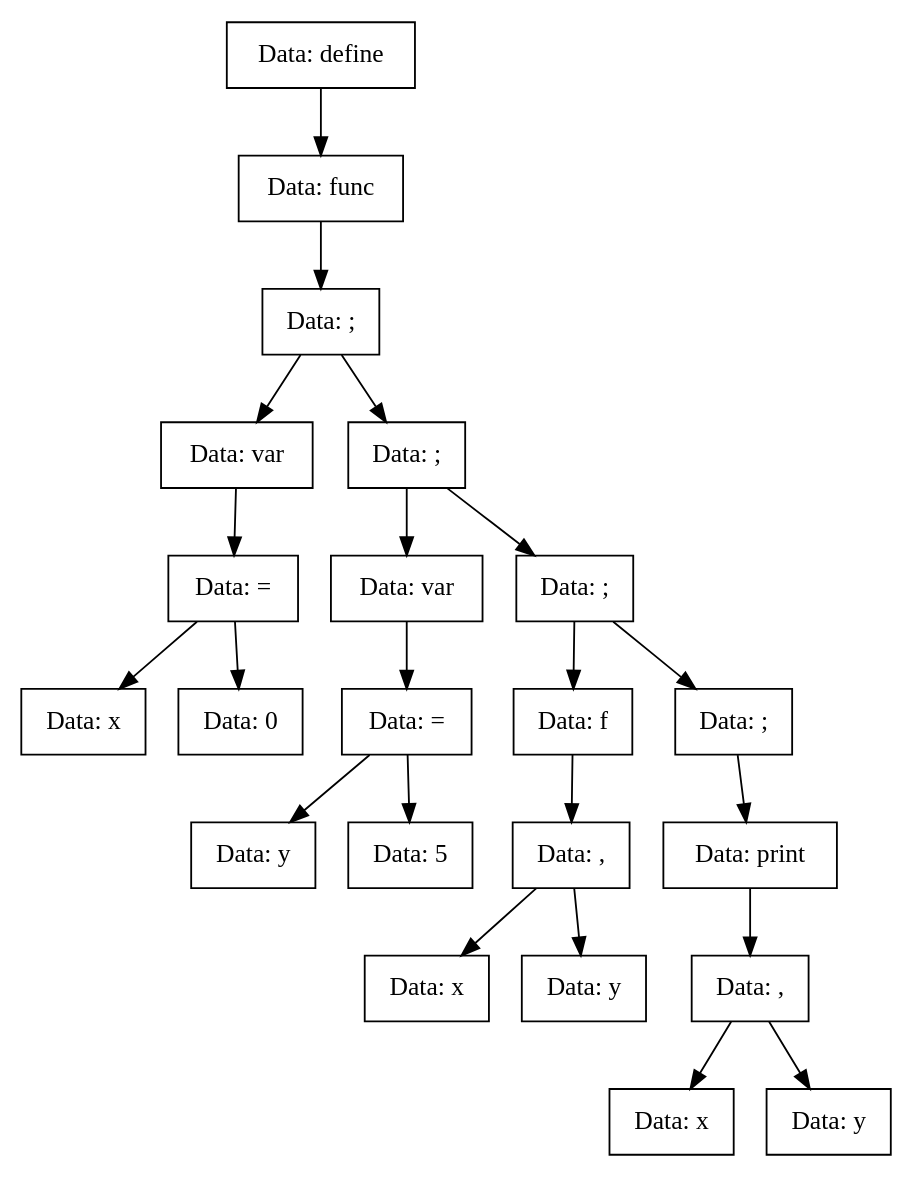
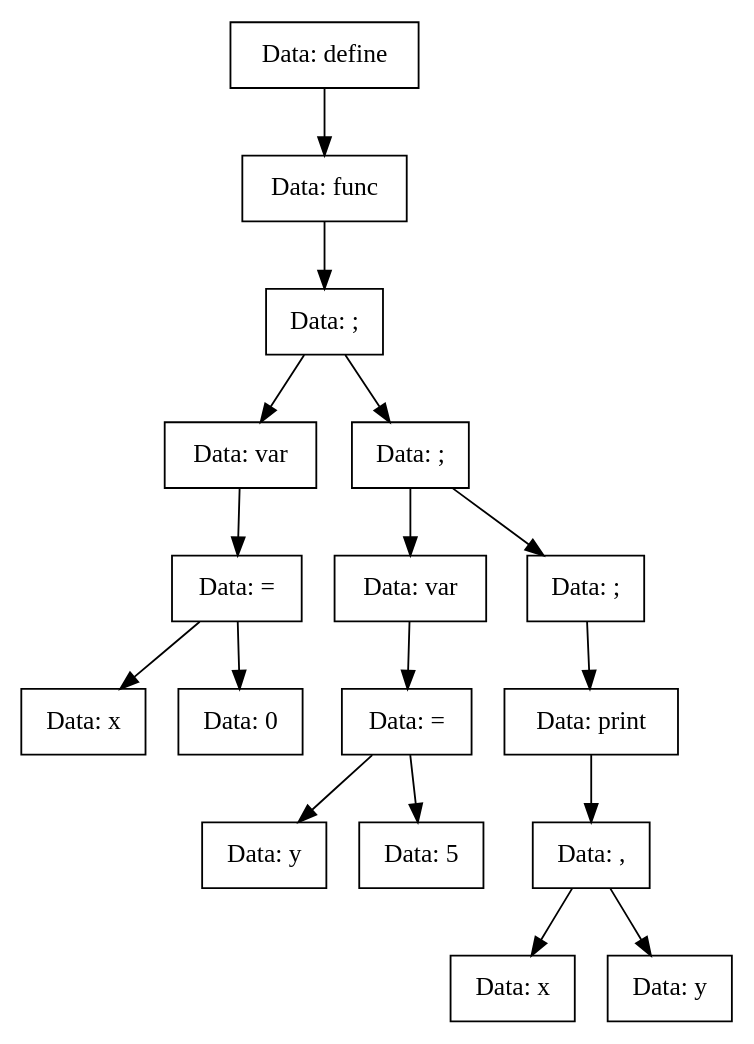
The diagram in TreeDump/func.dot (vorontsov-amd/Compiller), drawn with Graphviz before and after one commit. The commit also changed 18 other files, not shown here.

```diff
--- a/TreeDump/func.dot
+++ b/TreeDump/func.dot
@@ -1,45 +1,35 @@
 digraph func{
-Node0x561290d139d0[shape="record", label="Data: define"];
-Node0x561290d13a70[shape="record", label="Data: func"];
-Node0x561290d13a20[shape="record", label="Data: ;"];
-Node0x561290d137f0[shape="record", label="Data: var"];
-Node0x561290d13840[shape="record", label="Data: ="];
-Node0x561290d138e0[shape="record", label="Data: x"];
-Node0x561290d13840->Node0x561290d138e0;
-Node0x561290d13890[shape="record", label="Data: 0"];
-Node0x561290d13840->Node0x561290d13890;
-Node0x561290d137f0->Node0x561290d13840;
-Node0x561290d13a20->Node0x561290d137f0;
-Node0x561290d13700[shape="record", label="Data: ;"];
-Node0x561290d13cf0[shape="record", label="Data: var"];
-Node0x561290d13ca0[shape="record", label="Data: ="];
-Node0x561290d13c50[shape="record", label="Data: y"];
-Node0x561290d13ca0->Node0x561290d13c50;
-Node0x561290d13ac0[shape="record", label="Data: 5"];
-Node0x561290d13ca0->Node0x561290d13ac0;
-Node0x561290d13cf0->Node0x561290d13ca0;
-Node0x561290d13700->Node0x561290d13cf0;
-Node0x561290d13930[shape="record", label="Data: ;"];
-Node0x561290d137a0[shape="record", label="Data: f"];
-Node0x561290d13750[shape="record", label="Data: ,"];
-Node0x561290d13d90[shape="record", label="Data: x"];
-Node0x561290d13750->Node0x561290d13d90;
-Node0x561290d13980[shape="record", label="Data: y"];
-Node0x561290d13750->Node0x561290d13980;
-Node0x561290d137a0->Node0x561290d13750;
-Node0x561290d13930->Node0x561290d137a0;
-Node0x561290d13bb0[shape="record", label="Data: ;"];
-Node0x561290d13c00[shape="record", label="Data: print"];
-Node0x561290d13b60[shape="record", label="Data: ,"];
-Node0x561290d13b10[shape="record", label="Data: x"];
-Node0x561290d13b60->Node0x561290d13b10;
-Node0x561290d13d40[shape="record", label="Data: y"];
-Node0x561290d13b60->Node0x561290d13d40;
-Node0x561290d13c00->Node0x561290d13b60;
-Node0x561290d13bb0->Node0x561290d13c00;
-Node0x561290d13930->Node0x561290d13bb0;
-Node0x561290d13700->Node0x561290d13930;
-Node0x561290d13a20->Node0x561290d13700;
-Node0x561290d13a70->Node0x561290d13a20;
-Node0x561290d139d0->Node0x561290d13a70;
+Node0x5645b422ac00[shape="record", label="Data: define"];
+Node0x5645b422aca0[shape="record", label="Data: func"];
+Node0x5645b422ac50[shape="record", label="Data: ;"];
+Node0x5645b422aa20[shape="record", label="Data: var"];
+Node0x5645b422aa70[shape="record", label="Data: ="];
+Node0x5645b422ab10[shape="record", label="Data: x"];
+Node0x5645b422aa70->Node0x5645b422ab10;
+Node0x5645b422aac0[shape="record", label="Data: 0"];
+Node0x5645b422aa70->Node0x5645b422aac0;
+Node0x5645b422aa20->Node0x5645b422aa70;
+Node0x5645b422ac50->Node0x5645b422aa20;
+Node0x5645b422a930[shape="record", label="Data: ;"];
+Node0x5645b422ae30[shape="record", label="Data: var"];
+Node0x5645b422ad90[shape="record", label="Data: ="];
+Node0x5645b422ad40[shape="record", label="Data: y"];
+Node0x5645b422ad90->Node0x5645b422ad40;
+Node0x5645b422acf0[shape="record", label="Data: 5"];
+Node0x5645b422ad90->Node0x5645b422acf0;
+Node0x5645b422ae30->Node0x5645b422ad90;
+Node0x5645b422a930->Node0x5645b422ae30;
+Node0x5645b422ab60[shape="record", label="Data: ;"];
+Node0x5645b422a9d0[shape="record", label="Data: print"];
+Node0x5645b422a980[shape="record", label="Data: ,"];
+Node0x5645b422ade0[shape="record", label="Data: x"];
+Node0x5645b422a980->Node0x5645b422ade0;
+Node0x5645b422abb0[shape="record", label="Data: y"];
+Node0x5645b422a980->Node0x5645b422abb0;
+Node0x5645b422a9d0->Node0x5645b422a980;
+Node0x5645b422ab60->Node0x5645b422a9d0;
+Node0x5645b422a930->Node0x5645b422ab60;
+Node0x5645b422ac50->Node0x5645b422a930;
+Node0x5645b422aca0->Node0x5645b422ac50;
+Node0x5645b422ac00->Node0x5645b422aca0;
 }
```
